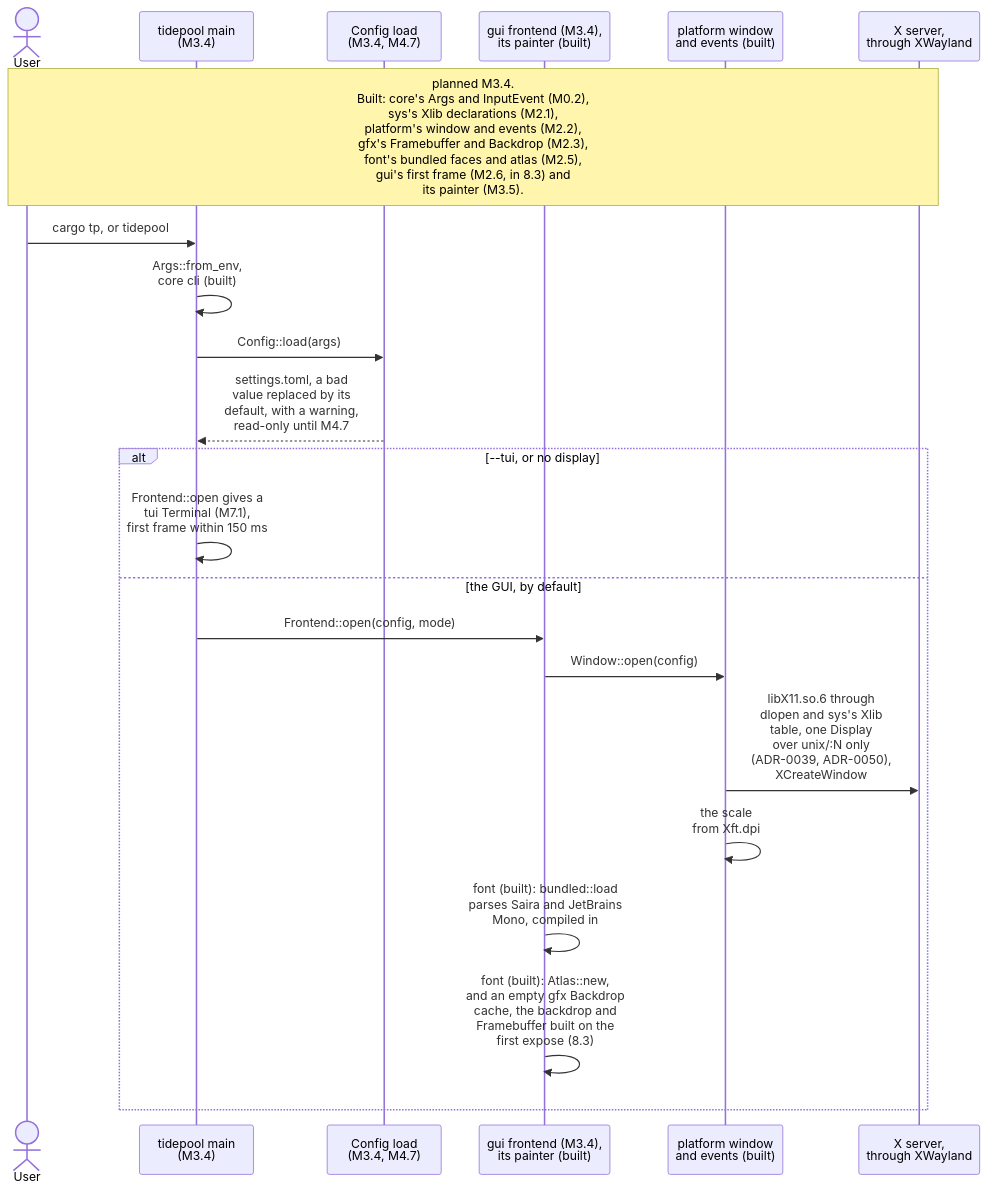
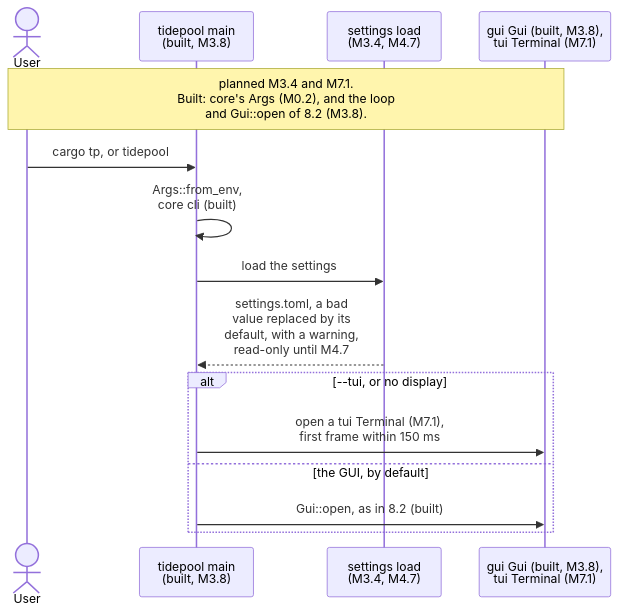
Before and after one commit to jabbott-iii/Tidepool: the ninth of 24 diagrams in diagrams/sequence-diagrams.md, drawn with Mermaid. The commit also changed other lines of this file and 27 other files, not shown here.

First line of the commit message:
feat(gui,app)!: the event-driven main loop (M3.8, ADR-0059)

````diff
--- a/diagrams/sequence-diagrams.md
+++ b/diagrams/sequence-diagrams.md
@@ -530,25 +530,18 @@
 ```mermaid
 sequenceDiagram
     actor User
-    participant Cli as tidepool main<br/>(M3.4)
-    participant Cfg as Config load<br/>(M3.4, M4.7)
-    participant Fe as gui frontend (M3.4),<br/>its painter (built)
-    participant Plat as platform window<br/>and events (built)
-    participant Disp as X server,<br/>through XWayland
+    participant Cli as tidepool main<br/>(built, M3.8)
+    participant Cfg as settings load<br/>(M3.4, M4.7)
+    participant Fe as gui Gui (built, M3.8),<br/>tui Terminal (M7.1)
 
-    Note over User,Disp: planned M3.4.<br/>Built: core's Args and InputEvent (M0.2),<br/>sys's Xlib declarations (M2.1),<br/>platform's window and events (M2.2),<br/>gfx's Framebuffer and Backdrop (M2.3),<br/>font's bundled faces and atlas (M2.5),<br/>gui's first frame (M2.6, in 8.3) and<br/>its painter (M3.5).
+    Note over User,Fe: planned M3.4 and M7.1.<br/>Built: core's Args (M0.2), and the loop<br/>and Gui::open of 8.2 (M3.8).
     User->>Cli: cargo tp, or tidepool
     Cli->>Cli: Args::from_env,<br/>core cli (built)
-    Cli->>Cfg: Config::load(args)
+    Cli->>Cfg: load the settings
     Cfg-->>Cli: settings.toml, a bad<br/>value replaced by its<br/>default, with a warning,<br/>read-only until M4.7
     alt --tui, or no display
-        Cli->>Cli: Frontend::open gives a<br/>tui Terminal (M7.1),<br/>first frame within 150 ms
+        Cli->>Fe: open a tui Terminal (M7.1),<br/>first frame within 150 ms
     else the GUI, by default
-        Cli->>Fe: Frontend::open(config, mode)
-        Fe->>Plat: Window::open(config)
-        Plat->>Disp: libX11.so.6 through<br/>dlopen and sys's Xlib<br/>table, one Display<br/>over unix/:N only<br/>(ADR-0039, ADR-0050),<br/>XCreateWindow
-        Plat->>Plat: the scale<br/>from Xft.dpi
-        Fe->>Fe: font (built): bundled::load<br/>parses Saira and JetBrains<br/>Mono, compiled in
-        Fe->>Fe: font (built): Atlas::new,<br/>and an empty gfx Backdrop<br/>cache, the backdrop and<br/>Framebuffer built on the<br/>first expose (8.3)
+        Cli->>Fe: Gui::open, as in 8.2 (built)
     end
 ```
````
